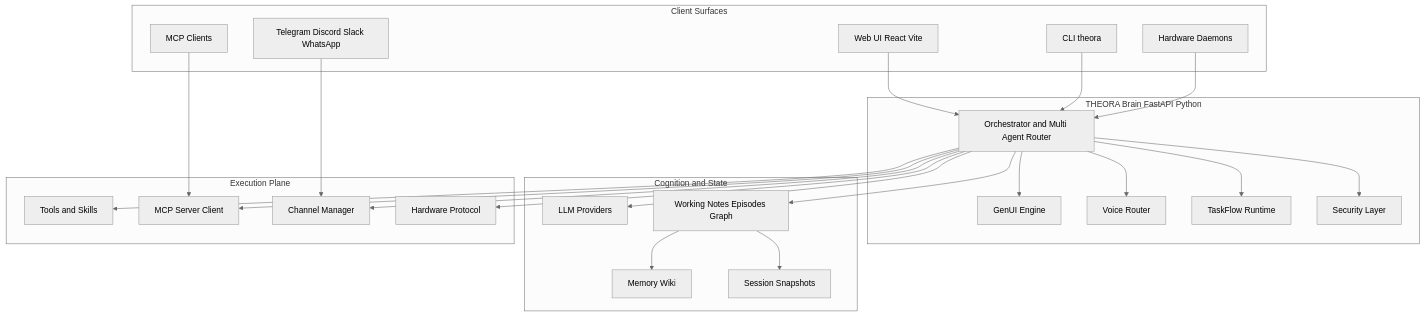
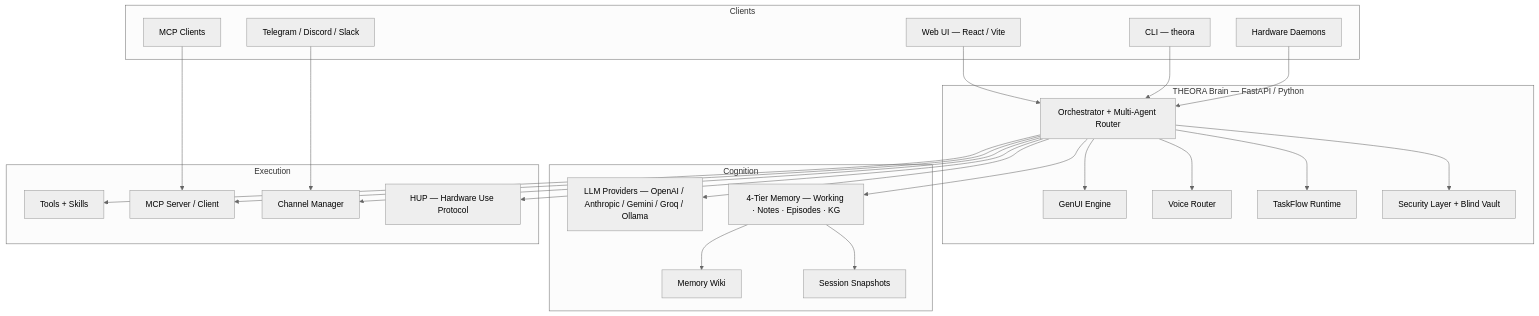
One commit to Spatial-AgenticOS/ASOS changed the diagram in README.md. Above: the diagram before and after it, drawn with Mermaid (neutral theme). The commit also changed other lines of this file and 86 other files, not shown here.

````diff
--- a/README.md
+++ b/README.md
@@ -290,52 +137,52 @@
 ```mermaid
 flowchart TD
-  subgraph clients[Client Surfaces]
-    webUi[Web UI React Vite]
-    cliUi[CLI theora]
-    hwNodes[Hardware Daemons]
-    channelClients[Telegram Discord Slack WhatsApp]
-    mcpClients[MCP Clients]
+  subgraph Clients
+    web["Web UI — React / Vite"]
+    cli["CLI — theora"]
+    hw["Hardware Daemons"]
+    channels["Telegram / Discord / Slack"]
+    mcp_c["MCP Clients"]
   end
 
-  subgraph brain[THEORA Brain FastAPI Python]
-    orchestrator[Orchestrator and Multi Agent Router]
-    genuiEngine[GenUI Engine]
-    voiceRouter[Voice Router]
-    taskflowRuntime[TaskFlow Runtime]
-    securityLayer[Security Layer]
+  subgraph Brain["THEORA Brain — FastAPI / Python"]
+    orch["Orchestrator + Multi-Agent Router"]
+    genui["GenUI Engine"]
+    voice["Voice Router"]
+    taskflow["TaskFlow Runtime"]
+    security["Security Layer + Blind Vault"]
   end
 
-  subgraph cognition[Cognition and State]
-    llmProviders[LLM Providers]
-    memoryCore[Working Notes Episodes Graph]
-    memoryWiki[Memory Wiki]
-    sessionState[Session Snapshots]
+  subgraph Cognition
+    llm["LLM Providers — OpenAI / Anthropic / Gemini / Groq / Ollama"]
+    mem["4-Tier Memory — Working · Notes · Episodes · KG"]
+    wiki["Memory Wiki"]
+    sessions["Session Snapshots"]
   end
 
-  subgraph execution[Execution Plane]
-    tools[Tools and Skills]
-    mcpLayer[MCP Server Client]
-    channels[Channel Manager]
-    hardwarePlane[Hardware Protocol]
+  subgraph Execution
+    tools["Tools + Skills"]
+    mcp_s["MCP Server / Client"]
+    ch_mgr["Channel Manager"]
+    hup["HUP — Hardware Use Protocol"]
   end
 
-  webUi --> orchestrator
-  cliUi --> orchestrator
-  hwNodes --> orchestrator
-  channelClients --> channels
-  mcpClients --> mcpLayer
+  web --> orch
+  cli --> orch
+  hw --> orch
+  channels --> ch_mgr
+  mcp_c --> mcp_s
 
-  orchestrator --> llmProviders
-  orchestrator --> memoryCore
-  orchestrator --> genuiEngine
-  orchestrator --> voiceRouter
-  orchestrator --> taskflowRuntime
-  orchestrator --> tools
-  orchestrator --> channels
-  orchestrator --> mcpLayer
-  orchestrator --> hardwarePlane
-  orchestrator --> securityLayer
+  orch --> llm
+  orch --> mem
+  orch --> genui
+  orch --> voice
+  orch --> taskflow
+  orch --> tools
+  orch --> ch_mgr
+  orch --> mcp_s
+  orch --> hup
+  orch --> security
 
-  memoryCore --> memoryWiki
-  memoryCore --> sessionState
+  mem --> wiki
+  mem --> sessions
 ```
````
